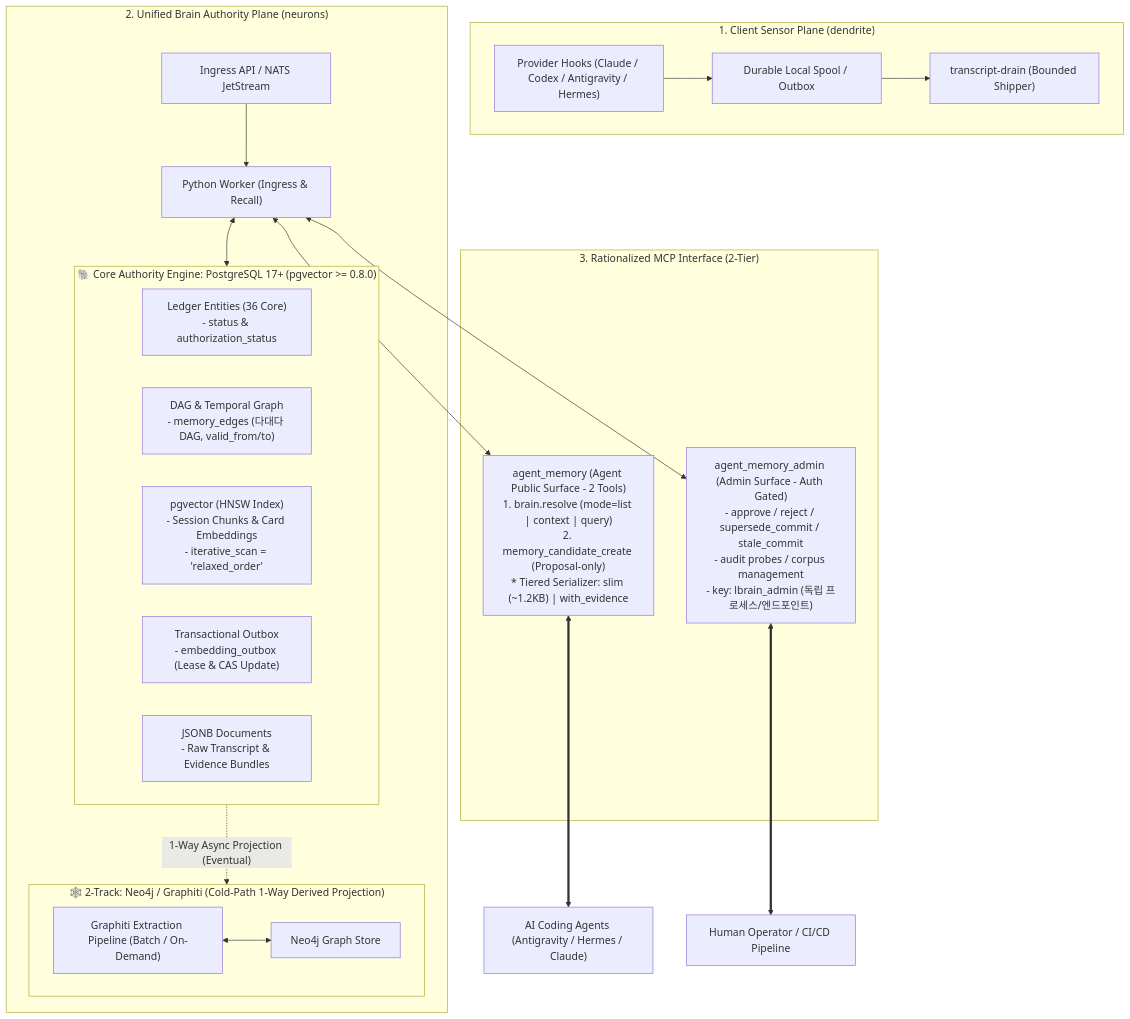
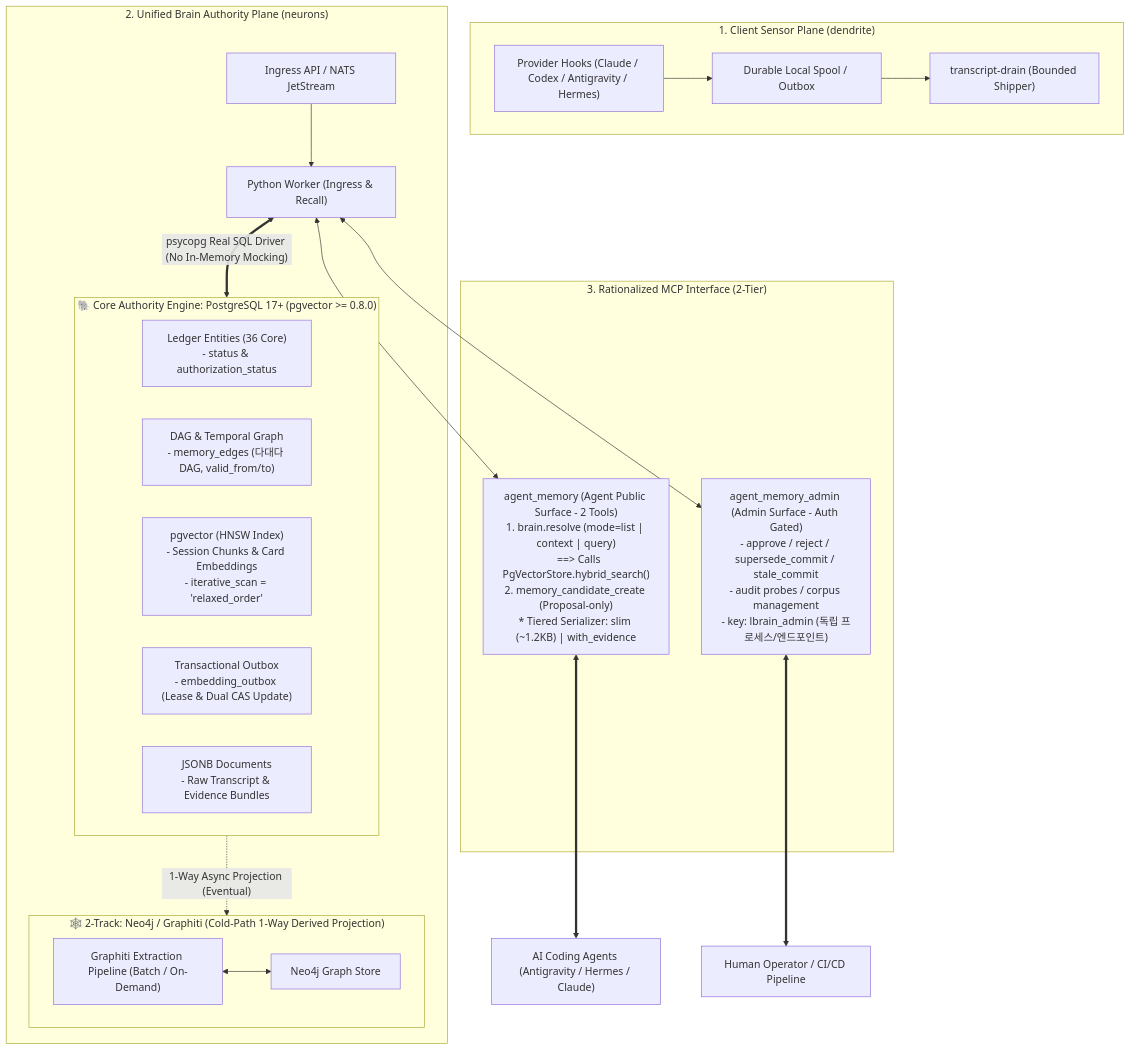
The first of 2 diagrams in specs/lbrain-architecture-rationalization/design.md (pureliture/neurons), drawn with Mermaid before and after one commit. The commit also changed other lines of this file and 2 other files, not shown here.

````diff
--- a/specs/lbrain-architecture-rationalization/design.md
+++ b/specs/lbrain-architecture-rationalization/design.md
@@ -12,55 +13,56 @@
 ```mermaid
 flowchart TB
     subgraph ClientPlane ["1. Client Sensor Plane (dendrite)"]
         Hook["Provider Hooks (Claude / Codex / Antigravity / Hermes)"]
         Spool["Durable Local Spool / Outbox"]
         Drain["transcript-drain (Bounded Shipper)"]
         Hook --> Spool --> Drain
     end
 
     subgraph ServerPlane ["2. Unified Brain Authority Plane (neurons)"]
         Ingress["Ingress API / NATS JetStream"]
         Worker["Python Worker (Ingress & Recall)"]
         
         subgraph PostgresStorage ["🐘 Core Authority Engine: PostgreSQL 17+ (pgvector >= 0.8.0)"]
             Relational["Ledger Entities (36 Core)
 - status & authorization_status"]
             Edges["DAG & Temporal Graph
 - memory_edges (다대다 DAG, valid_from/to)"]
             PgVector["pgvector (HNSW Index)
 - Session Chunks & Card Embeddings
 - iterative_scan = 'relaxed_order'"]
             Outbox["Transactional Outbox
-- embedding_outbox (Lease & CAS Update)"]
+- embedding_outbox (Lease & Dual CAS Update)"]
             JsonbStore["JSONB Documents
 - Raw Transcript & Evidence Bundles"]
         end
 
         subgraph GraphWorkbench ["🕸️ 2-Track: Neo4j / Graphiti (Cold-Path 1-Way Derived Projection)"]
             Neo4j["Neo4j Graph Store"]
             Graphiti["Graphiti Extraction Pipeline (Batch / On-Demand)"]
             Graphiti <--> Neo4j
         end
 
         Ingress --> Worker
-        Worker <--> PostgresStorage
+        Worker <== "psycopg Real SQL Driver (No In-Memory Mocking)" ==> PostgresStorage
         PostgresStorage -. "1-Way Async Projection (Eventual)" .-> GraphWorkbench
     end
 
     subgraph MCPSurface ["3. Rationalized MCP Interface (2-Tier)"]
         AgentMCP["agent_memory (Agent Public Surface - 2 Tools)
 1. brain.resolve (mode=list | context | query)
+   ==> Calls PgVectorStore.hybrid_search()
 2. memory_candidate_create (Proposal-only)
 * Tiered Serializer: slim (~1.2KB) | with_evidence"]
         
         AdminMCP["agent_memory_admin (Admin Surface - Auth Gated)
 - approve / reject / supersede_commit / stale_commit
 - audit probes / corpus management
 - key: lbrain_admin (독립 프로세스/엔드포인트)"]
     end
 
     Worker <--> AgentMCP
     Worker <--> AdminMCP
     AgentMCP <==> CodingAgents["AI Coding Agents (Antigravity / Hermes / Claude)"]
     AdminMCP <==> Operator["Human Operator / CI/CD Pipeline"]
 ```
````
